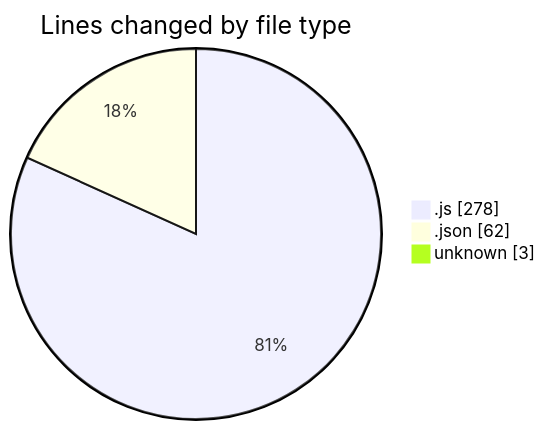
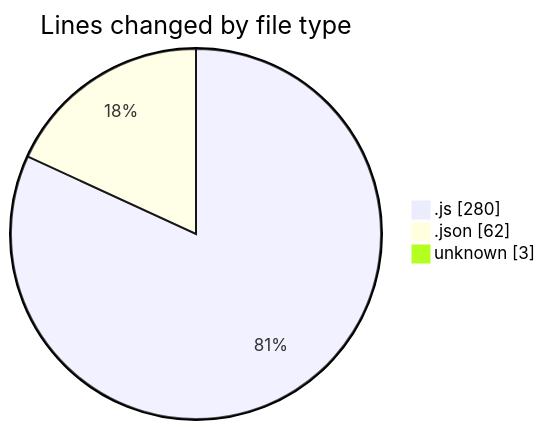
Before and after one commit to Ritupan-Deka/code-tracking: the first of 2 diagrams in 2025-07-02/mern-thinkboard/README.md, drawn with Mermaid. The commit also changed other lines of this file and 1 other file, not shown here.

````diff
--- a/2025-07-02/mern-thinkboard/README.md
+++ b/2025-07-02/mern-thinkboard/README.md
@@ -28,7 +28,7 @@
 ```mermaid
 pie showData
 title Lines changed by file type
-".js" : 278
+".js" : 280
 ".json" : 62
 "unknown" : 3
 ```
````
